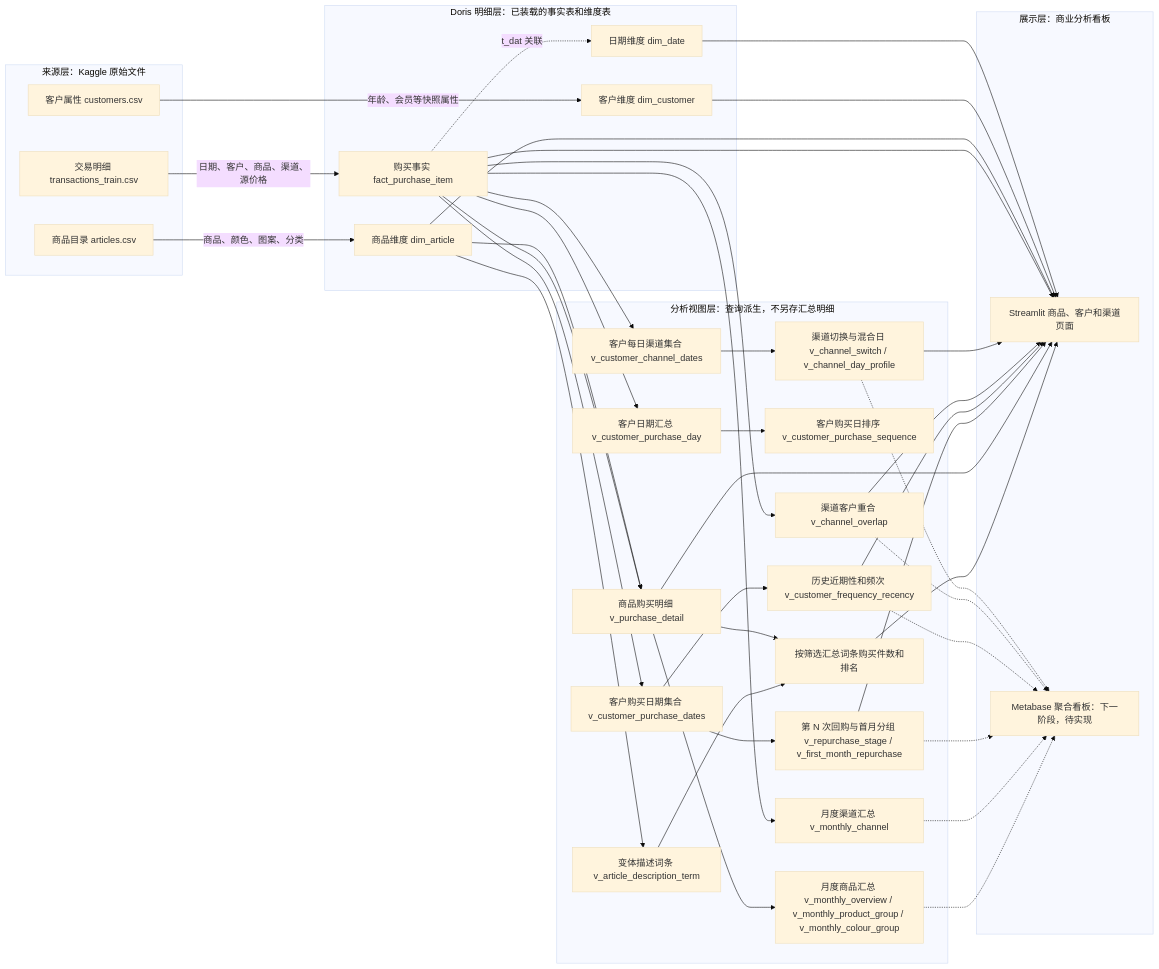
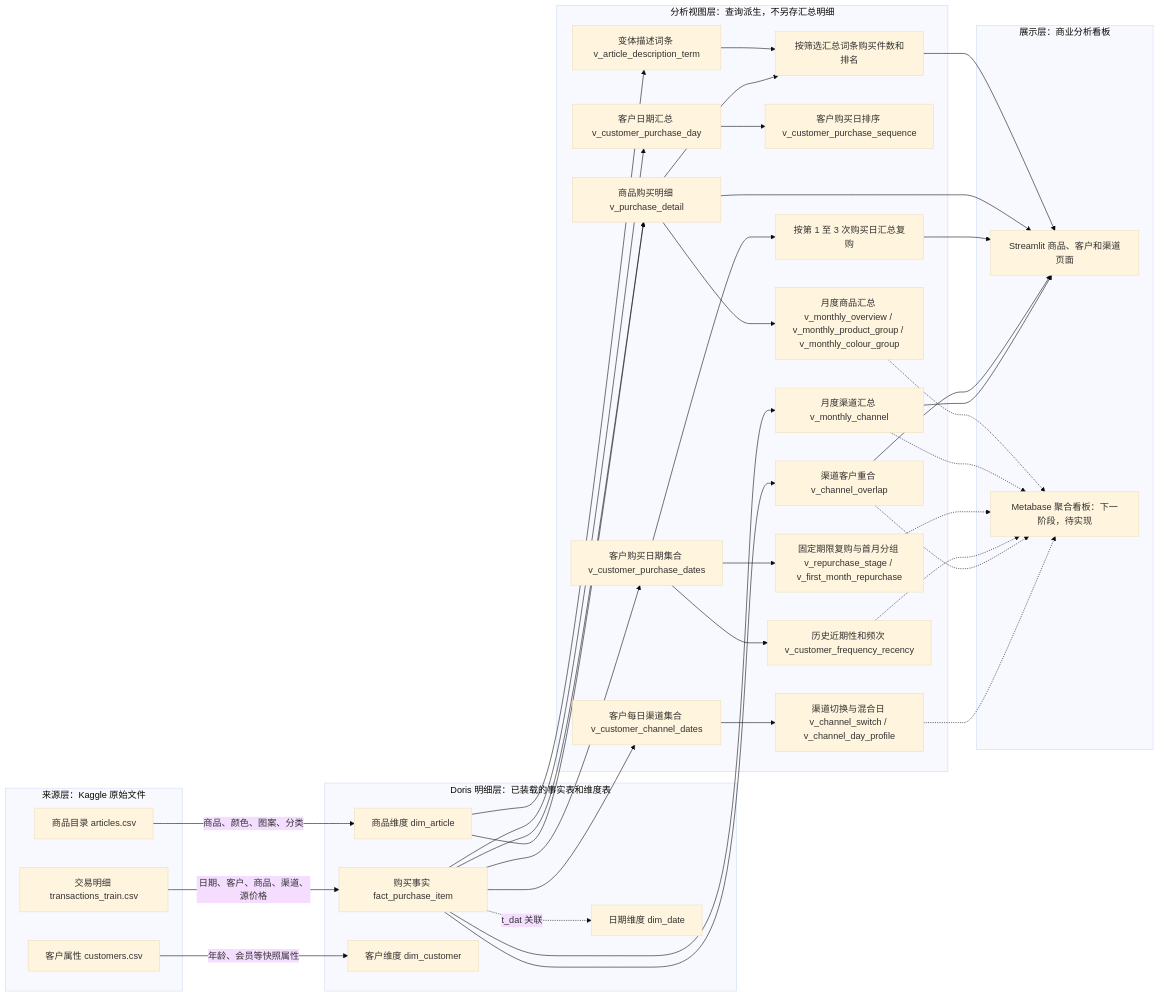
The second of 2 diagrams in docs/05-逻辑设计.md (SongYunq/industry-data-warehouse), drawn with Mermaid (base theme) before and after one commit. The commit also changed other lines of this file and 11 other files, not shown here.

````diff
--- a/docs/05-逻辑设计.md
+++ b/docs/05-逻辑设计.md
@@ -113,72 +113,69 @@
 ```mermaid
 flowchart LR
     subgraph SRC[来源层：Kaggle 原始文件]
         TX[交易明细 transactions_train.csv]
         AR[商品目录 articles.csv]
         CU[客户属性 customers.csv]
     end
 
     subgraph DW[Doris 明细层：已装载的事实表和维度表]
         F[购买事实 fact_purchase_item]
         A[商品维度 dim_article]
         C[客户维度 dim_customer]
         D[日期维度 dim_date]
     end
 
     subgraph V[分析视图层：查询派生，不另存汇总明细]
         PD[商品购买明细 v_purchase_detail]
         DT[变体描述词条 v_article_description_term]
         DR[按筛选汇总词条购买件数和排名]
         CD[客户日期汇总 v_customer_purchase_day]
         CS[客户购买日排序 v_customer_purchase_sequence]
         CDS[客户购买日期集合 v_customer_purchase_dates]
-        RS[第 N 次回购与首月分组 v_repurchase_stage / v_first_month_repurchase]
+        RP[按第 1 至 3 次购买日汇总复购]
+        RS[固定期限复购与首月分组 v_repurchase_stage / v_first_month_repurchase]
         FR[历史近期性和频次 v_customer_frequency_recency]
         CH1[渠道客户重合 v_channel_overlap]
         CH2[客户每日渠道集合 v_customer_channel_dates]
         CH3[渠道切换与混合日 v_channel_switch / v_channel_day_profile]
         MO1[月度商品汇总 v_monthly_overview / v_monthly_product_group / v_monthly_colour_group]
         MO2[月度渠道汇总 v_monthly_channel]
     end
 
     subgraph OUT[展示层：商业分析看板]
         ST[Streamlit 商品、客户和渠道页面]
         MB[Metabase 聚合看板：下一阶段，待实现]
     end
 
     TX -->|日期、客户、商品、渠道、源价格| F
     AR -->|商品、颜色、图案、分类| A
     CU -->|年龄、会员等快照属性| C
     F -. t_dat 关联 .-> D
     F --> PD
     A --> PD
     A --> DT
     DT --> DR
     PD --> DR
     DR --> ST
     F --> CD
     CD --> CS
     F --> CDS
+    CDS --> RP
     CDS --> RS
     CDS --> FR
     F --> CH1
     F --> CH2
     CH2 --> CH3
     PD --> MO1
     F --> MO2
     PD --> ST
-    RS --> ST
-    FR --> ST
+    RP --> ST
     CH1 --> ST
-    CH3 --> ST
+    MO2 --> ST
     MO1 -.-> MB
     MO2 -.-> MB
     RS -.-> MB
     FR -.-> MB
     CH1 -.-> MB
     CH3 -.-> MB
-    F --> ST
-    A --> ST
-    C --> ST
-    D --> ST
 ```
````
